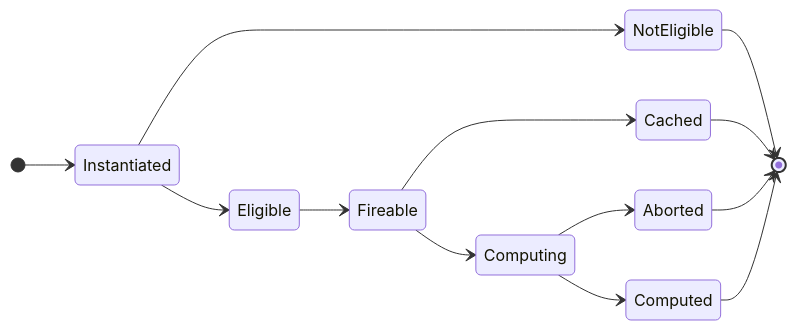
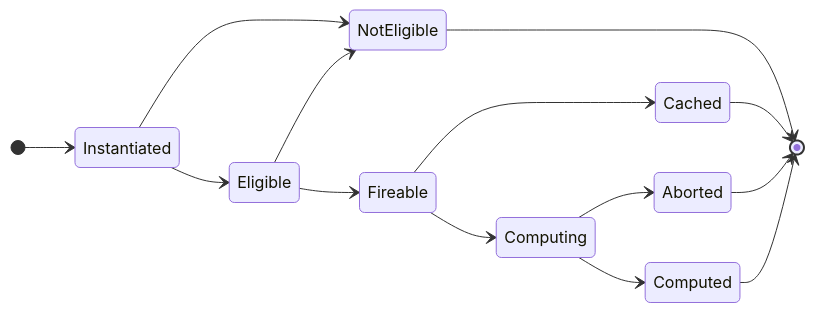
One commit to jthuraisamy/Cypherflow changed the diagram in demos/TicTacToe/README.md. Above: the diagram before and after it, drawn with Mermaid. The commit also changed other lines of this file, not shown here.

````diff
--- a/demos/TicTacToe/README.md
+++ b/demos/TicTacToe/README.md
@@ -82,17 +82,18 @@
 ```mermaid
 stateDiagram-v2
     direction LR
     
     [*] --> Instantiated
     Instantiated --> Eligible
     Instantiated --> NotEligible
+    Eligible --> NotEligible
     NotEligible --> [*]
     Eligible --> Fireable
     Fireable --> Cached
     Cached --> [*]
     Fireable --> Computing
     Computing --> Aborted
     Aborted --> [*]
     Computing --> Computed
     Computed --> [*]
 ```
````
